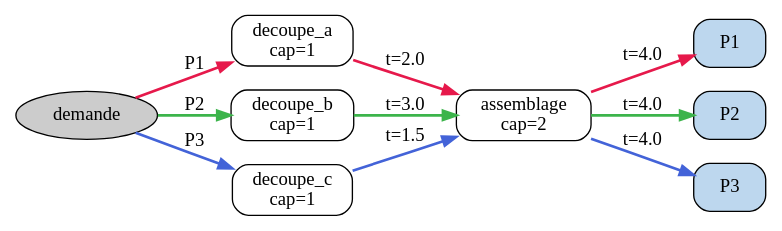
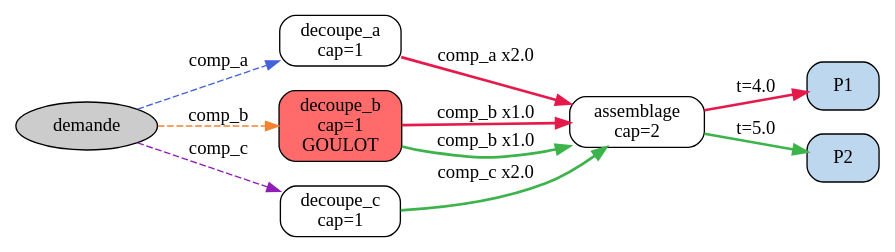
One commit to ELecerf/IndEng changed the diagram in results/a_demo/topology.dot. Above: the diagram before and after it, drawn with Graphviz. The commit also changed 21 other files, not shown here.

```diff
--- a/results/a_demo/topology.dot
+++ b/results/a_demo/topology.dot
@@ -1,21 +1,20 @@
 digraph plant {
   rankdir=LR;
   node [shape=box, style="rounded,filled", fillcolor=white];
   "demande" [shape=oval, fillcolor=grey80];
   "decoupe_a" [label="decoupe_a\ncap=1", fillcolor="white"];
-  "decoupe_b" [label="decoupe_b\ncap=1", fillcolor="white"];
+  "decoupe_b" [label="decoupe_b\ncap=1\nGOULOT", fillcolor="#FF6B6B"];
   "decoupe_c" [label="decoupe_c\ncap=1", fillcolor="white"];
   "assemblage" [label="assemblage\ncap=2", fillcolor="white"];
   "P1" [shape=box, style="rounded,filled", fillcolor="#BDD7EE"];
   "P2" [shape=box, style="rounded,filled", fillcolor="#BDD7EE"];
-  "P3" [shape=box, style="rounded,filled", fillcolor="#BDD7EE"];
-  "demande" -> "decoupe_a" [color="#E6194B", penwidth=2, label="P1"];
-  "decoupe_a" -> "assemblage" [color="#E6194B", penwidth=2, label="t=2.0"];
+  "demande" -> "decoupe_a" [color="#4363D8", style=dashed, label="comp_a"];
+  "demande" -> "decoupe_b" [color="#F58231", style=dashed, label="comp_b"];
+  "demande" -> "decoupe_c" [color="#911EB4", style=dashed, label="comp_c"];
+  "decoupe_a" -> "assemblage" [color="#E6194B", penwidth=2, label="comp_a x2.0"];
+  "decoupe_b" -> "assemblage" [color="#E6194B", penwidth=2, label="comp_b x1.0"];
   "assemblage" -> "P1" [color="#E6194B", penwidth=2, label="t=4.0"];
-  "demande" -> "decoupe_b" [color="#3CB44B", penwidth=2, label="P2"];
-  "decoupe_b" -> "assemblage" [color="#3CB44B", penwidth=2, label="t=3.0"];
-  "assemblage" -> "P2" [color="#3CB44B", penwidth=2, label="t=4.0"];
-  "demande" -> "decoupe_c" [color="#4363D8", penwidth=2, label="P3"];
-  "decoupe_c" -> "assemblage" [color="#4363D8", penwidth=2, label="t=1.5"];
-  "assemblage" -> "P3" [color="#4363D8", penwidth=2, label="t=4.0"];
+  "decoupe_b" -> "assemblage" [color="#3CB44B", penwidth=2, label="comp_b x1.0"];
+  "decoupe_c" -> "assemblage" [color="#3CB44B", penwidth=2, label="comp_c x2.0"];
+  "assemblage" -> "P2" [color="#3CB44B", penwidth=2, label="t=5.0"];
 }
```
